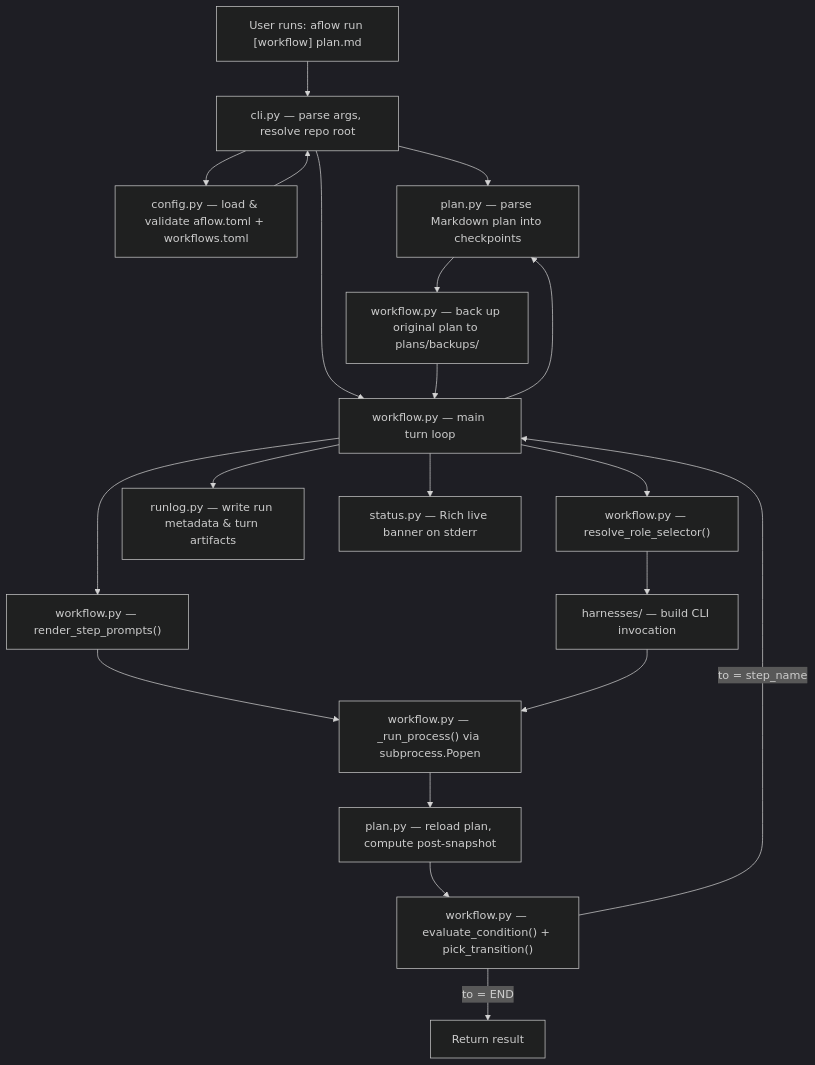
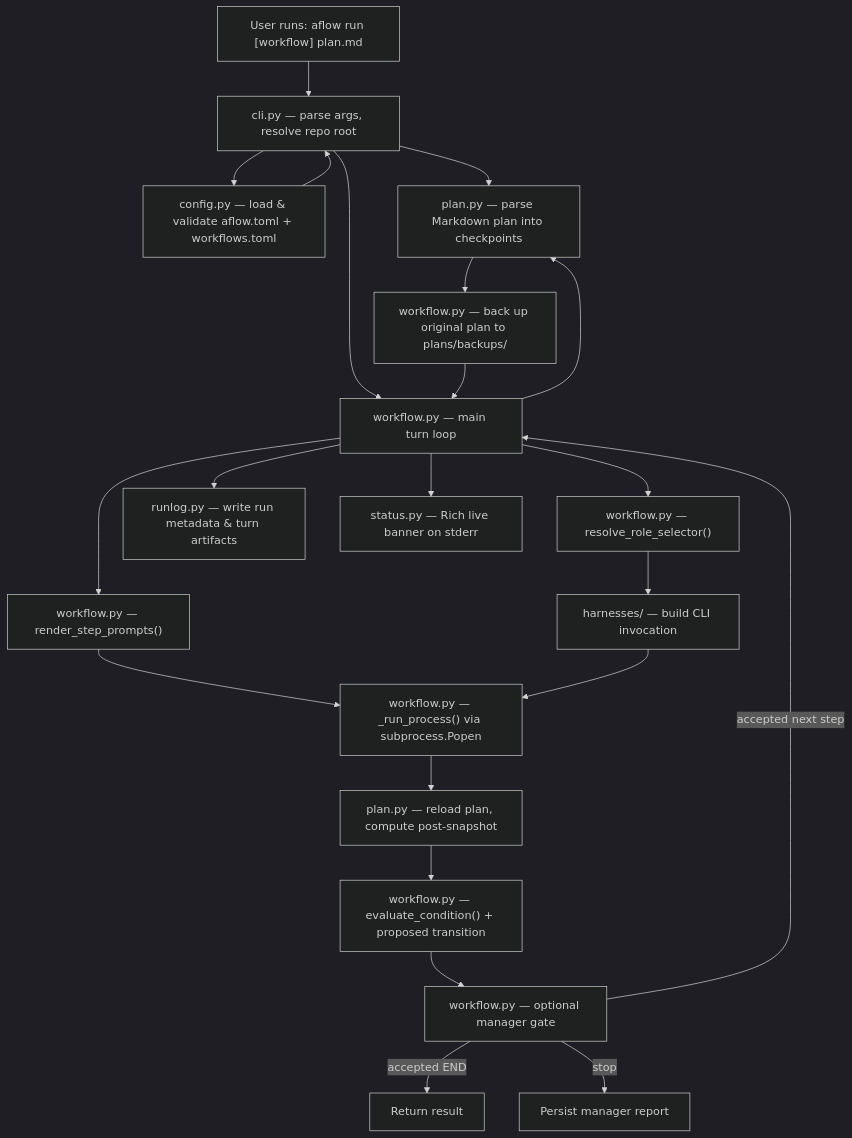
The diagram in ARCHITECTURE.md (evrenesat/aworkflow), drawn with Mermaid (dark theme) before and after one commit. The commit also changed other lines of this file and 35 other files, not shown here.

First line of the commit message:
feat/codex/interstep-manager: add supervised workflow boundaries

````diff
--- a/ARCHITECTURE.md
+++ b/ARCHITECTURE.md
@@ -7,37 +7,40 @@
 ```mermaid
 flowchart TD
     User["User runs: aflow run [workflow] plan.md"]
     CLI["cli.py — parse args, resolve repo root"]
     Config["config.py — load & validate aflow.toml + workflows.toml"]
     PlanParse["plan.py — parse Markdown plan into checkpoints"]
     Backup["workflow.py — back up original plan to plans/backups/"]
     WorkflowLoop["workflow.py — main turn loop"]
     PromptRender["workflow.py — render_step_prompts()"]
     Role["workflow.py — resolve_role_selector()"]
     Adapter["harnesses/ — build CLI invocation"]
     Subprocess["workflow.py — _run_process() via subprocess.Popen"]
     PlanReload["plan.py — reload plan, compute post-snapshot"]
-    Transition["workflow.py — evaluate_condition() + pick_transition()"]
+    Transition["workflow.py — evaluate_condition() + proposed transition"]
+    Manager["workflow.py — optional manager gate"]
     RunLog["runlog.py — write run metadata & turn artifacts"]
     Banner["status.py — Rich live banner on stderr"]
 
     User --> CLI
     CLI --> Config
     Config --> CLI
     CLI --> PlanParse
     CLI --> WorkflowLoop
     WorkflowLoop --> PlanParse
     PlanParse --> Backup
     Backup --> WorkflowLoop
     WorkflowLoop --> PromptRender
     WorkflowLoop --> Role
     Role --> Adapter
     PromptRender --> Subprocess
     Adapter --> Subprocess
     Subprocess --> PlanReload
     PlanReload --> Transition
-    Transition -->|"to = step_name"| WorkflowLoop
-    Transition -->|"to = END"| Done["Return result"]
+    Transition --> Manager
+    Manager -->|"accepted next step"| WorkflowLoop
+    Manager -->|"accepted END"| Done["Return result"]
+    Manager -->|"stop"| Stopped["Persist manager report"]
     WorkflowLoop --> RunLog
     WorkflowLoop --> Banner
 ```
````
